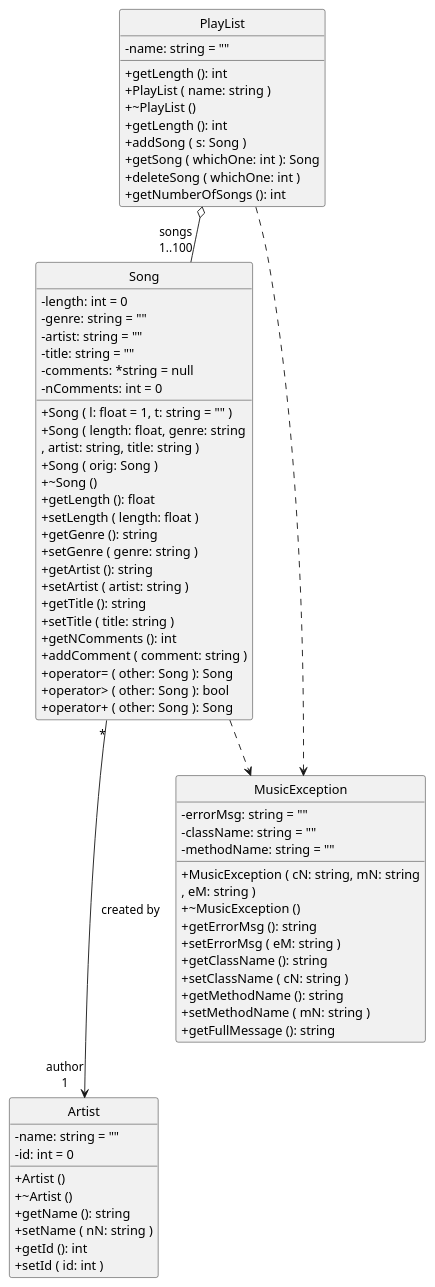
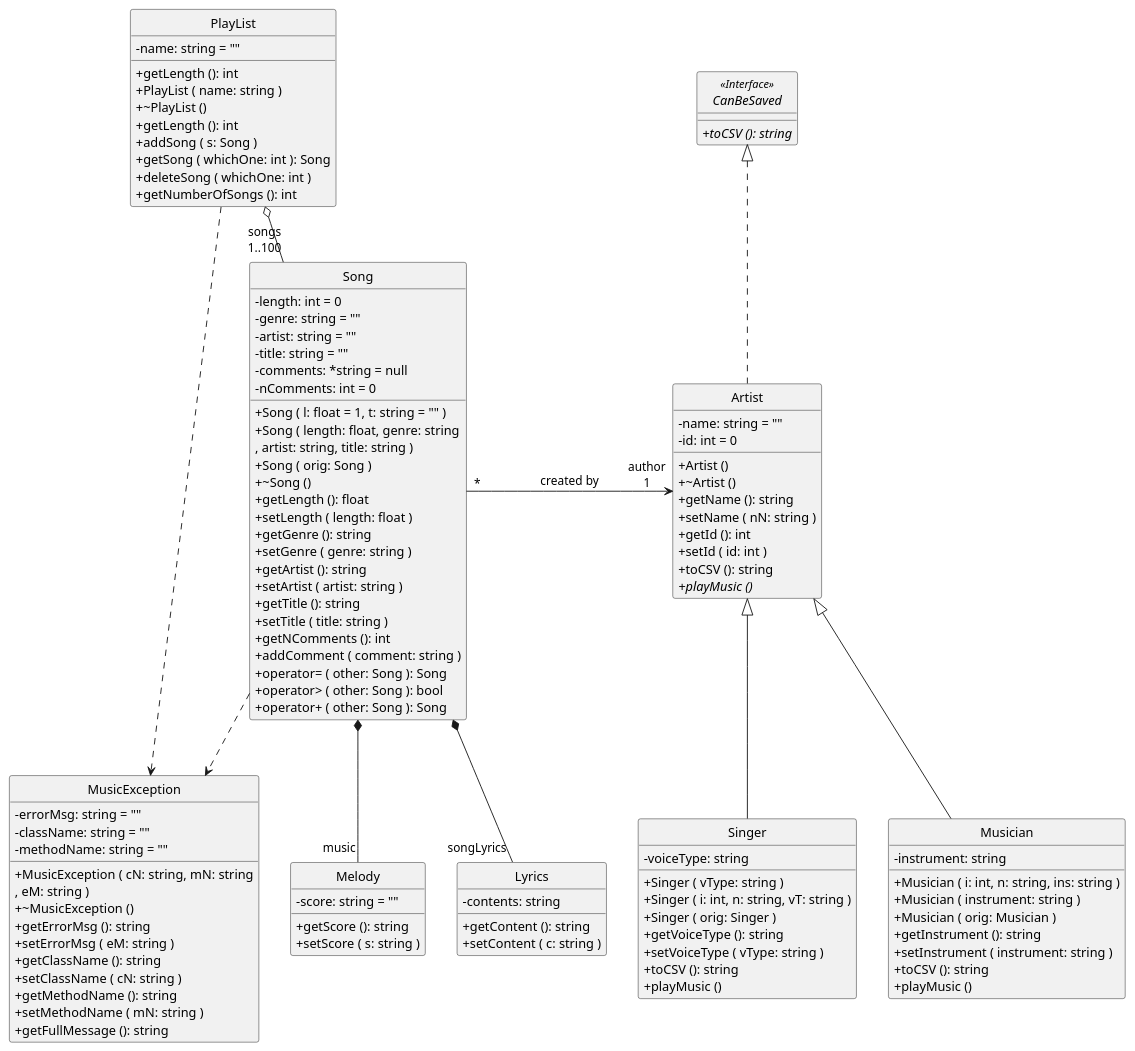
Before and after one commit to algarcia-ujaen/MusicProject_OOP2223: the diagram in classDiagram_PlantUML.puml, drawn with PlantUML. The commit also changed 12 other files, not shown here.

Commit message:
- Updated class diagrams - Renamed Player class to Musician

```diff
--- a/classDiagram_PlantUML.puml
+++ b/classDiagram_PlantUML.puml
@@ -1,80 +1,123 @@
 @startuml
 'https://plantuml.com/class-diagram
 
 'forces to apply the UML style strictly
 skinparam style strictuml
 'changes the symbols leading the attributes and methods
 skinparam ClassAttributeIconSize 0
 
 class Song{
    - length: int = 0
    - genre: string = ""
    - artist: string = ""
    - title: string = ""
    - comments: *string = null
    - nComments: int = 0
    + Song ( l: float = 1, t: string = "" )
    + Song ( length: float, genre: string
           , artist: string, title: string )
    + Song ( orig: Song )
    + ~Song ()
    + getLength (): float
    + setLength ( length: float )
    + getGenre (): string
    + setGenre ( genre: string )
    + getArtist (): string
    + setArtist ( artist: string )
    + getTitle (): string
    + setTitle ( title: string )
    + getNComments (): int
    + addComment ( comment: string )
    + operator= ( other: Song ): Song
    + operator> ( other: Song ): bool
    + operator+ ( other: Song ): Song
 }
 
 class Artist{
    - name: string = ""
    - id: int = 0
    + Artist ()
    + ~Artist ()
    + getName (): string
    + setName ( nN: string )
    + getId (): int
    + setId ( id: int )
+   + toCSV (): string
+   {abstract}+ playMusic ()
 }
 
 class PlayList{
    - name: string = ""
    + getLength (): int
    + PlayList ( name: string )
    + ~PlayList ()
    + getLength (): int
    + addSong ( s: Song )
    + getSong ( whichOne: int ): Song
    + deleteSong ( whichOne: int )
    + getNumberOfSongs (): int
 }
 
 class MusicException{
    - errorMsg: string = ""
    - className: string = ""
    - methodName: string = ""
    + MusicException ( cN: string, mN: string
                     , eM: string )
    + ~MusicException ()
    + getErrorMsg (): string
    + setErrorMsg ( eM: string )
    + getClassName (): string
    + setClassName ( cN: string )
    + getMethodName (): string
    + setMethodName ( mN: string )
    + getFullMessage (): string
 }
 
+class Melody {
+   - score: string = ""
+   + getScore (): string
+   + setScore ( s: string )
+}
+
+class Lyrics {
+   - contents: string
+   + getContent (): string
+   + setContent ( c: string )
+}
+
+class Singer extends Artist {
+   - voiceType: string
+   + Singer ( vType: string )
+   + Singer ( i: int, n: string, vT: string )
+   + Singer ( orig: Singer )
+   + getVoiceType (): string
+   + setVoiceType ( vType: string )
+   + toCSV (): string
+   + playMusic ()
+}
+
+class Musician extends Artist {
+   - instrument: string
+   + Musician ( i: int, n: string, ins: string )
+   + Musician ( instrument: string )
+   + Musician ( orig: Musician )
+   + getInstrument (): string
+   + setInstrument ( instrument: string )
+   + toCSV (): string
+   + playMusic ()
+}
+
+interface CanBeSaved <<Interface>> {
+   {abstract} + toCSV (): string
+}
+
 PlayList o-- "songs\n1..100" Song
-Song "*" ---> "author\n1" Artist: created by
+Song "*" -right-> "author\n1" Artist: created by
 Song ..> MusicException
 PlayList ..> MusicException
+Song *-- "music" Melody
+Song *-- "songLyrics" Lyrics
+CanBeSaved <|.. Artist
 
 @enduml
```
